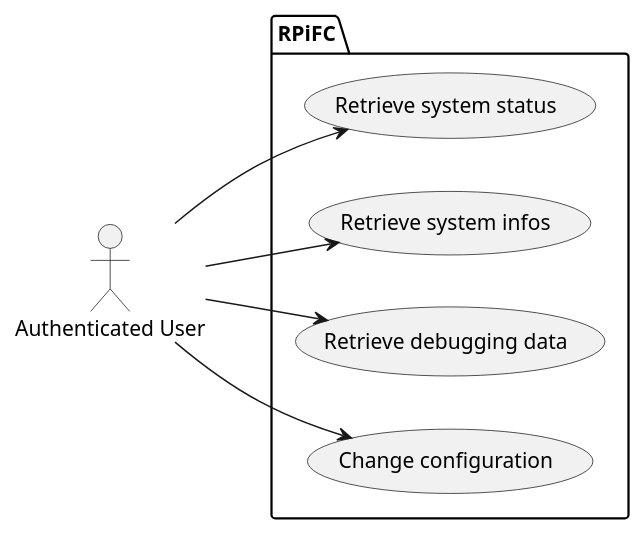
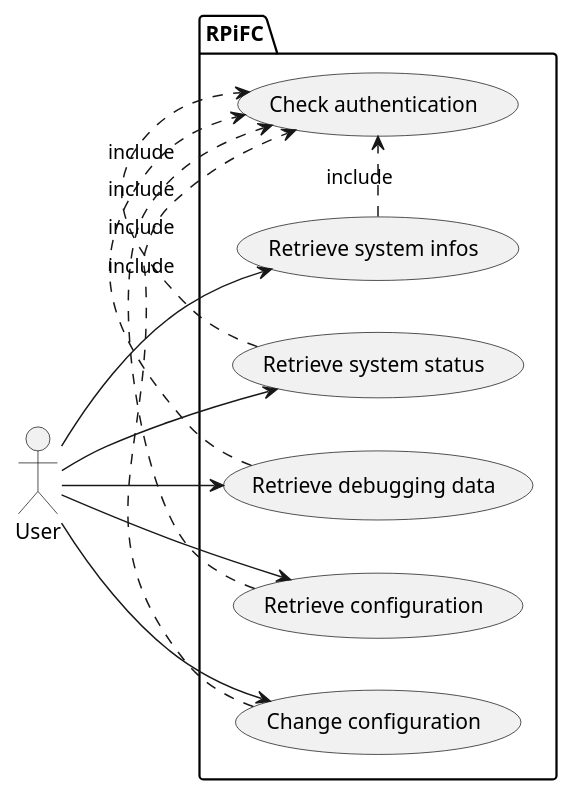
One commit to therealthingy/rpi-pwm changed the first of 6 diagrams in docs/wsi/homework/doc/presentation.adoc. Above: the diagram before and after it, drawn with PlantUML. The commit also changed other lines of this file, not shown here.

```diff
--- a/docs/wsi/homework/doc/presentation.adoc
+++ b/docs/wsi/homework/doc/presentation.adoc
@@ -47,17 +47,25 @@
 [plantuml, generated-diagrams/diagram-rpifc_usecase, png]
 -----
 @startuml
 left to right direction
-actor "Authenticated User" as g
+actor "User" as g
 package RPiFC {
-  usecase "Retrieve system status" as UC1
-  usecase "Retrieve system infos" as UC2
+  usecase "Retrieve system infos" as UC1
+  usecase "Retrieve system status" as UC2
   usecase "Retrieve debugging data" as UC3
-  usecase "Change configuration" as UC4
+  usecase "Retrieve configuration" as UC4
+  usecase "Change configuration" as UC5
+  usecase "Check authentication" as UC6
 }
+UC1 .> UC6 : include
 g --> UC1
+UC2 .> UC6 : include
 g --> UC2
+UC3 .> UC6 : include
 g --> UC3
+UC4 .> UC6 : include
 g --> UC4
+UC5 .> UC6 : include
+g --> UC5
 @enduml
 -----
```
